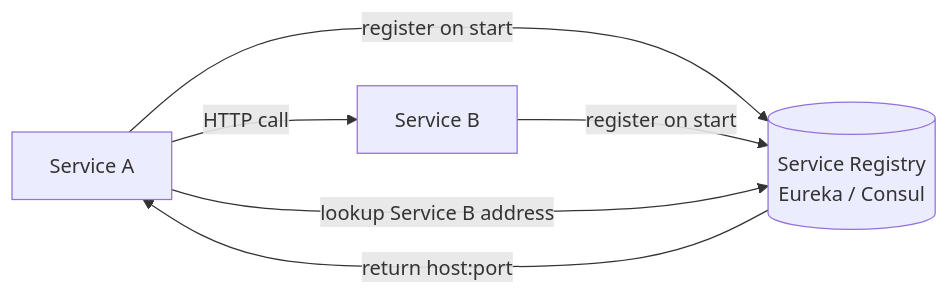
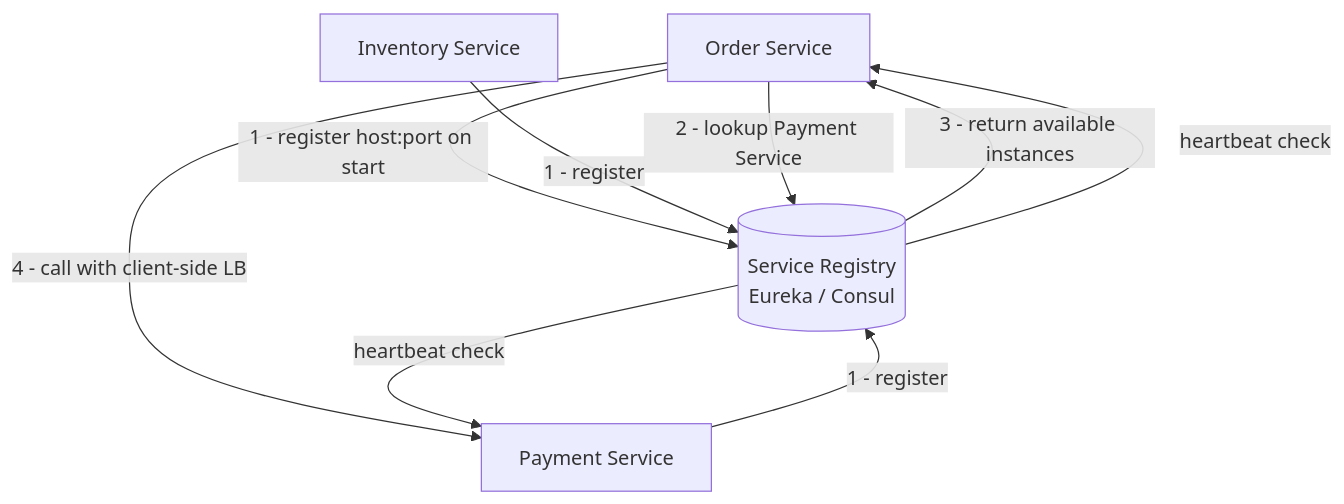
One commit to jether2011/interview-questions changed the first of 11 diagrams in microservices-patterns.md. Above: the diagram before and after it, drawn with Mermaid. The commit also changed other lines of this file and 13 other files, not shown here.

````diff
--- a/microservices-patterns.md
+++ b/microservices-patterns.md
@@ -34,8 +44,11 @@
 ```mermaid
-flowchart LR
-    SvcA[Service A] -->|register on start| SR[(Service Registry\nEureka / Consul)]
-    SvcB[Service B] -->|register on start| SR
-    SvcA -->|lookup Service B address| SR
-    SR -->|return host:port| SvcA
-    SvcA -->|HTTP call| SvcB
+flowchart TD
+    OS[Order Service] -->|1 - register host:port on start| SR[(Service Registry\nEureka / Consul)]
+    PS[Payment Service] -->|1 - register| SR
+    IS[Inventory Service] -->|1 - register| SR
+    OS -->|2 - lookup Payment Service| SR
+    SR -->|3 - return available instances| OS
+    OS -->|4 - call with client-side LB| PS
+    SR -->|heartbeat check| OS
+    SR -->|heartbeat check| PS
 ```
````
